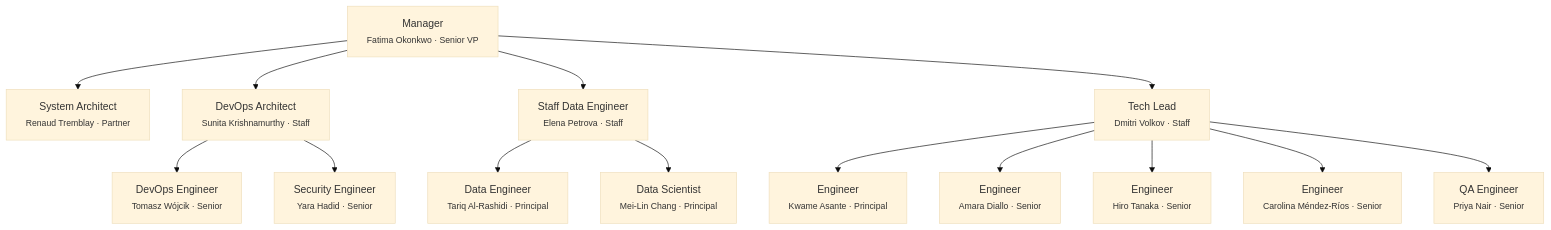
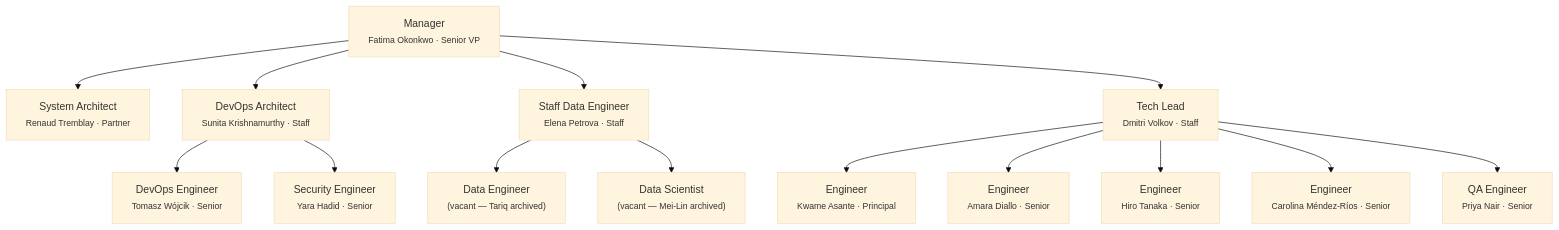
Before and after one commit to noorinalabs/isnad-graph: the diagram in .claude/team/charter.md, drawn with Mermaid (base theme). The commit also changed other lines of this file and 11 other files, not shown here.

````diff
--- a/.claude/team/charter.md
+++ b/.claude/team/charter.md
@@ -120,21 +120,21 @@
 ```mermaid
 graph TD
     MGR["Manager<br/><small>Fatima Okonkwo · Senior VP</small>"]
 
     MGR --> SA["System Architect<br/><small>Renaud Tremblay · Partner</small>"]
     MGR --> DA["DevOps Architect<br/><small>Sunita Krishnamurthy · Staff</small>"]
     MGR --> DE_LEAD["Staff Data Engineer<br/><small>Elena Petrova · Staff</small>"]
     MGR --> TL["Tech Lead<br/><small>Dmitri Volkov · Staff</small>"]
 
     DA --> DEVOPS["DevOps Engineer<br/><small>Tomasz Wójcik · Senior</small>"]
     DA --> SEC["Security Engineer<br/><small>Yara Hadid · Senior</small>"]
 
-    DE_LEAD --> D1["Data Engineer<br/><small>Tariq Al-Rashidi · Principal</small>"]
-    DE_LEAD --> D2["Data Scientist<br/><small>Mei-Lin Chang · Principal</small>"]
+    DE_LEAD --> D1["Data Engineer<br/><small>(vacant — Tariq archived)</small>"]
+    DE_LEAD --> D2["Data Scientist<br/><small>(vacant — Mei-Lin archived)</small>"]
 
     TL --> E1["Engineer<br/><small>Kwame Asante · Principal</small>"]
     TL --> E2["Engineer<br/><small>Amara Diallo · Senior</small>"]
     TL --> E3["Engineer<br/><small>Hiro Tanaka · Senior</small>"]
     TL --> E4["Engineer<br/><small>Carolina Méndez-Ríos · Senior</small>"]
     TL --> QA["QA Engineer<br/><small>Priya Nair · Senior</small>"]
 ```
````
